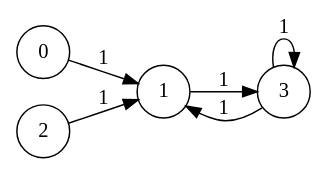
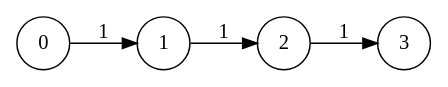
The diagram in grafs/tmp.gv (ErnestJorba/programacio-1-practica), drawn with Graphviz before and after one commit. The commit also changed 6 other files, not shown here.

```diff
--- a/grafs/tmp.gv
+++ b/grafs/tmp.gv
@@ -1,9 +1,7 @@
 digraph text {
+	node [shape=circle]
 	rankdir=LR size="8,5"
-	node [shape=circle]
 	0 -> 1 [label=1]
-	1 -> 3 [label=1]
-	2 -> 1 [label=1]
-	3 -> 1 [label=1]
-	3 -> 3 [label=1]
+	1 -> 2 [label=1]
+	2 -> 3 [label=1]
 }
```
